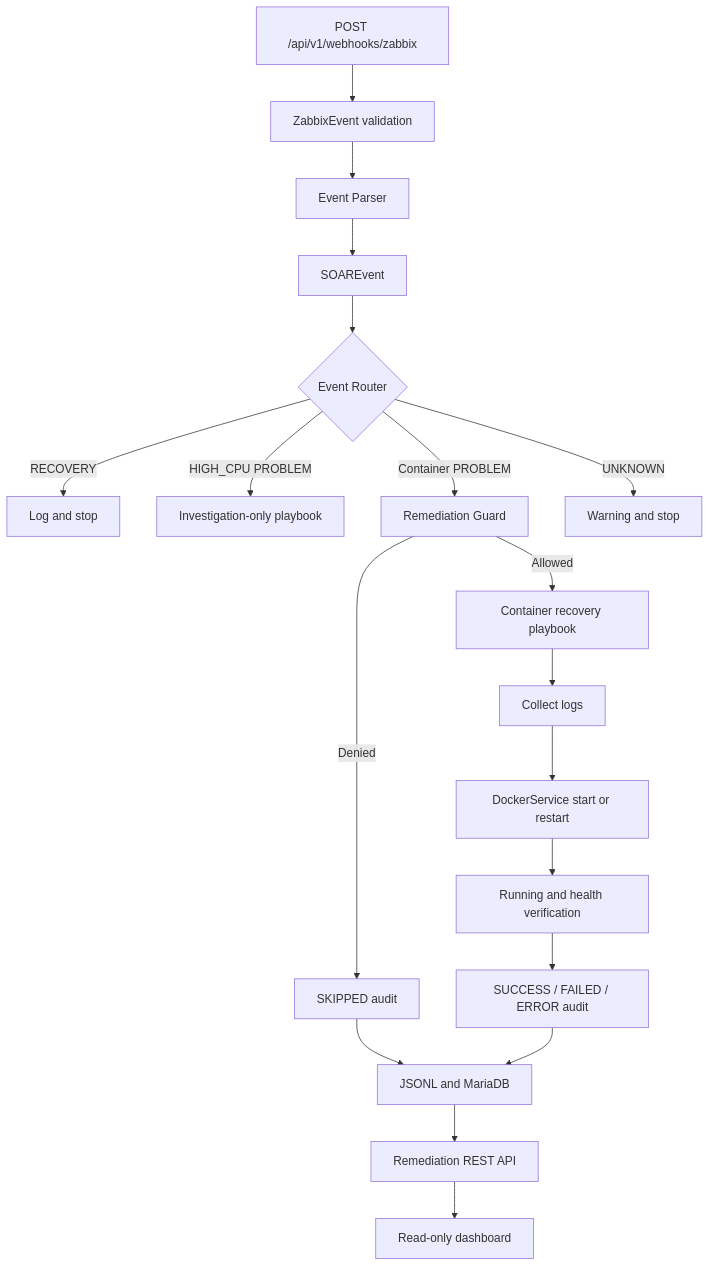
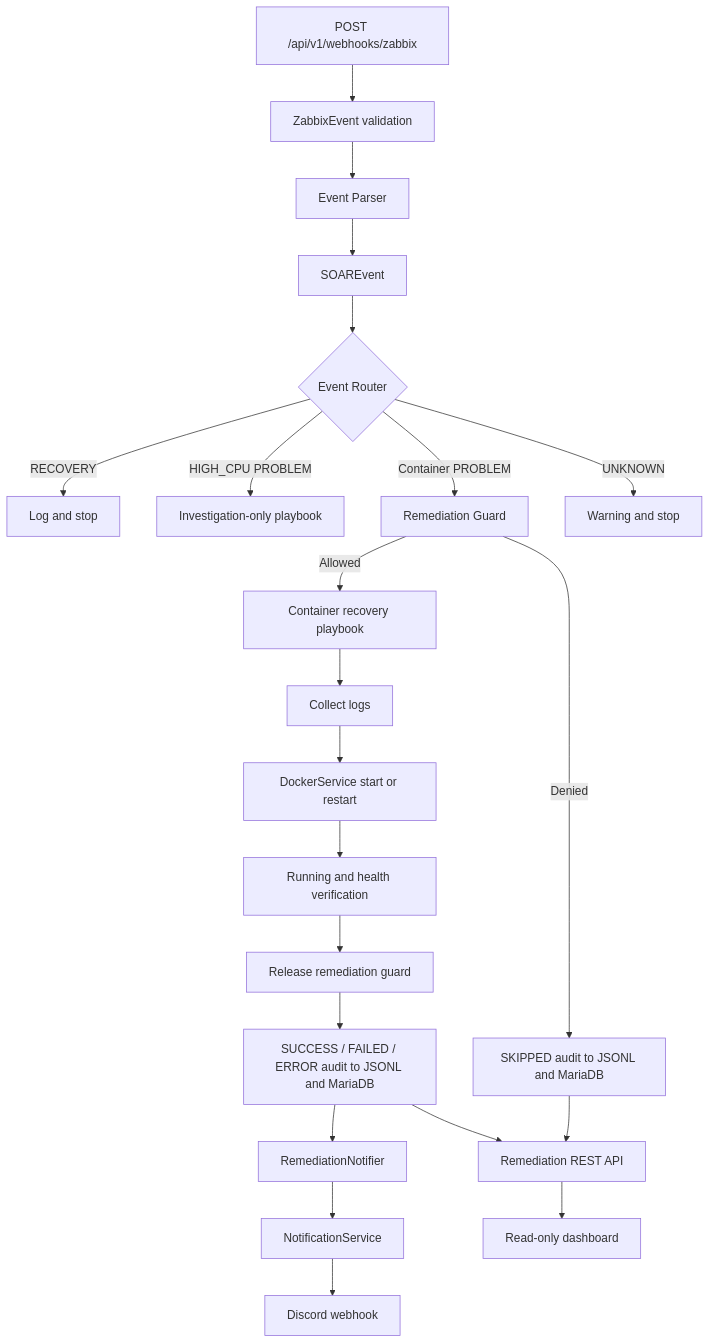
The second of 2 diagrams in docs/architecture.md (anhta-0207/Mini-Soar), drawn with Mermaid before and after one commit. The commit also changed other lines of this file and 3 other files, not shown here.

````diff
--- a/docs/architecture.md
+++ b/docs/architecture.md
@@ -70,21 +76,24 @@
 ```mermaid
 flowchart TD
     A[POST /api/v1/webhooks/zabbix] --> B[ZabbixEvent validation]
     B --> C[Event Parser]
     C --> D[SOAREvent]
     D --> E{Event Router}
     E -->|RECOVERY| F[Log and stop]
     E -->|HIGH_CPU PROBLEM| G[Investigation-only playbook]
     E -->|Container PROBLEM| H[Remediation Guard]
     E -->|UNKNOWN| I[Warning and stop]
-    H -->|Denied| J[SKIPPED audit]
+    H -->|Denied| J[SKIPPED audit to JSONL and MariaDB]
     H -->|Allowed| K[Container recovery playbook]
     K --> L[Collect logs]
     L --> M[DockerService start or restart]
     M --> N[Running and health verification]
-    N --> O[SUCCESS / FAILED / ERROR audit]
-    J --> P[JSONL and MariaDB]
-    O --> P
-    P --> Q[Remediation REST API]
-    Q --> R[Read-only dashboard]
+    N --> O[Release remediation guard]
+    O --> P[SUCCESS / FAILED / ERROR audit to JSONL and MariaDB]
+    P --> Q[RemediationNotifier]
+    Q --> R[NotificationService]
+    R --> S[Discord webhook]
+    J --> T[Remediation REST API]
+    P --> T
+    T --> U[Read-only dashboard]
 ```
````
